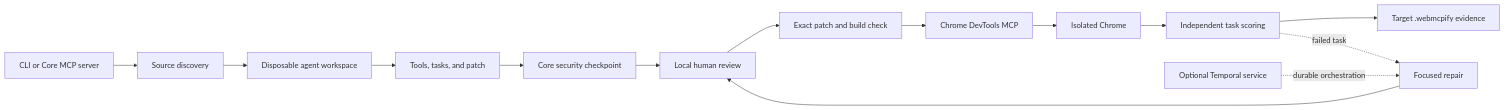
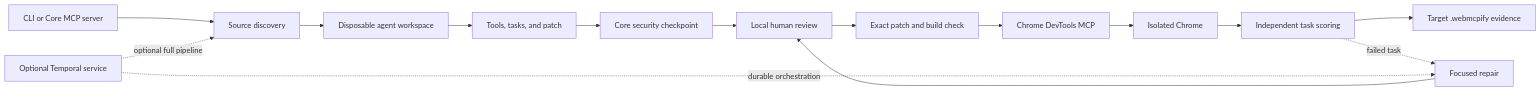
Before and after one commit to improvisus-webmcp/webmcpify-core: the diagram in ARCHITECTURE.md, drawn with Mermaid. The commit also changed other lines of this file and 6 other files, not shown here.

````diff
--- a/ARCHITECTURE.md
+++ b/ARCHITECTURE.md
@@ -5,16 +5,17 @@
 ```mermaid
 flowchart LR
     CLI[CLI or Core MCP server] --> Discover[Source discovery]
     Discover --> Workspace[Disposable agent workspace]
     Workspace --> Proposal[Tools, tasks, and patch]
     Proposal --> Security[Core security checkpoint]
     Security --> Review[Local human review]
     Review --> Apply[Exact patch and build check]
     Apply --> Bridge[Chrome DevTools MCP]
     Bridge --> Browser[Isolated Chrome]
     Browser --> Verify[Independent task scoring]
     Verify --> Evidence[Target .webmcpify evidence]
     Verify -. failed task .-> Repair[Focused repair]
     Repair --> Review
     Temporal[Optional Temporal service] -. durable orchestration .-> Repair
+    Temporal -. optional full pipeline .-> Discover
 ```
````
